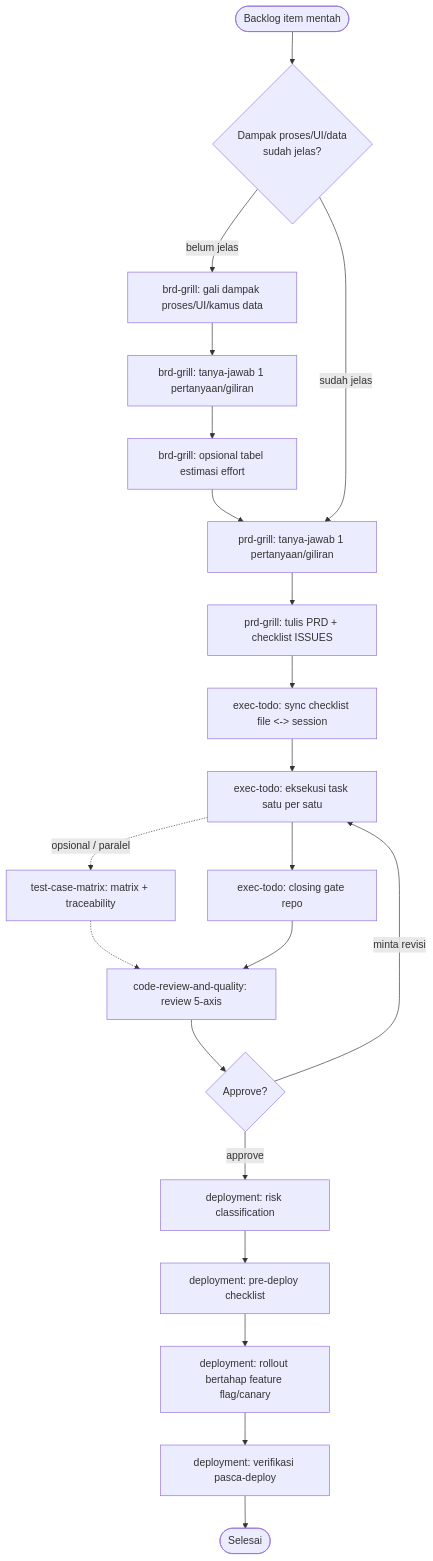
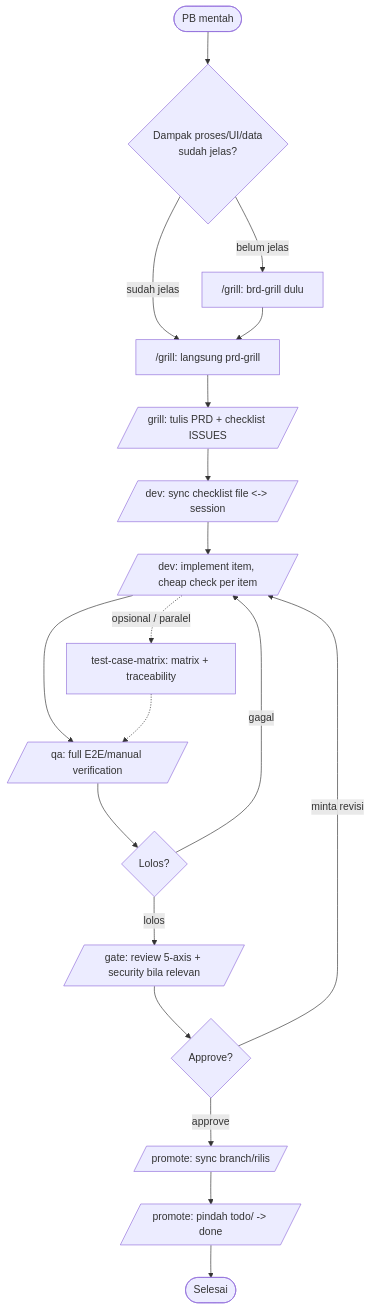
Before and after one commit to knittotextile/knitto-agent-skills: the first of 2 diagrams in guides/new-feature-flow.md, drawn with Mermaid. The commit also changed other lines of this file and 29 other files, not shown here.

First line of the commit message:
Add DEFINE->SHIP pipeline commands (/grill /dev /qa /gate /promote)

````diff
--- a/guides/new-feature-flow.md
+++ b/guides/new-feature-flow.md
@@ -24,23 +47,21 @@
 ```mermaid
 flowchart TD
-    Start([Backlog item mentah]) --> Q1{Dampak proses/UI/data\nsudah jelas?}
-    Q1 -->|belum jelas| BRD1[brd-grill: gali dampak proses/UI/kamus data]
-    BRD1 --> BRD2[brd-grill: tanya-jawab 1 pertanyaan/giliran]
-    BRD2 --> BRD3[brd-grill: opsional tabel estimasi effort]
-    BRD3 --> PRD1
-    Q1 -->|sudah jelas| PRD1[prd-grill: tanya-jawab 1 pertanyaan/giliran]
-    PRD1 --> PRD2[prd-grill: tulis PRD + checklist ISSUES]
-    PRD2 --> EXEC1[exec-todo: sync checklist file <-> session]
-    EXEC1 --> EXEC2[exec-todo: eksekusi task satu per satu]
-    EXEC2 -.opsional / paralel.-> TCM[test-case-matrix: matrix + traceability]
-    EXEC2 --> EXEC3[exec-todo: closing gate repo]
-    TCM -.-> REV1
-    EXEC3 --> REV1[code-review-and-quality: review 5-axis]
-    REV1 --> REV2{Approve?}
-    REV2 -->|minta revisi| EXEC2
-    REV2 -->|approve| DEP1[deployment: risk classification]
-    DEP1 --> DEP2[deployment: pre-deploy checklist]
-    DEP2 --> DEP3[deployment: rollout bertahap feature flag/canary]
-    DEP3 --> DEP4[deployment: verifikasi pasca-deploy]
-    DEP4 --> End([Selesai])
+    Start([PB mentah]) --> Q1{Dampak proses/UI/data\nsudah jelas?}
+    Q1 -->|belum jelas| G1["/grill: brd-grill dulu"]
+    Q1 -->|sudah jelas| G2["/grill: langsung prd-grill"]
+    G1 --> G2
+    G2 --> G3[/grill: tulis PRD + checklist ISSUES/]
+    G3 --> D1[/dev: sync checklist file <-> session/]
+    D1 --> D2[/dev: implement item, cheap check per item/]
+    D2 -.opsional / paralel.-> TCM[test-case-matrix: matrix + traceability]
+    D2 --> Q2[/qa: full E2E/manual verification/]
+    TCM -.-> Q2
+    Q2 --> QG{Lolos?}
+    QG -->|gagal| D2
+    QG -->|lolos| GT[/gate: review 5-axis + security bila relevan/]
+    GT --> GG{Approve?}
+    GG -->|minta revisi| D2
+    GG -->|approve| P1[/promote: sync branch/rilis/]
+    P1 --> P2[/promote: pindah todo/ -> done/]
+    P2 --> End([Selesai])
 ```
````
